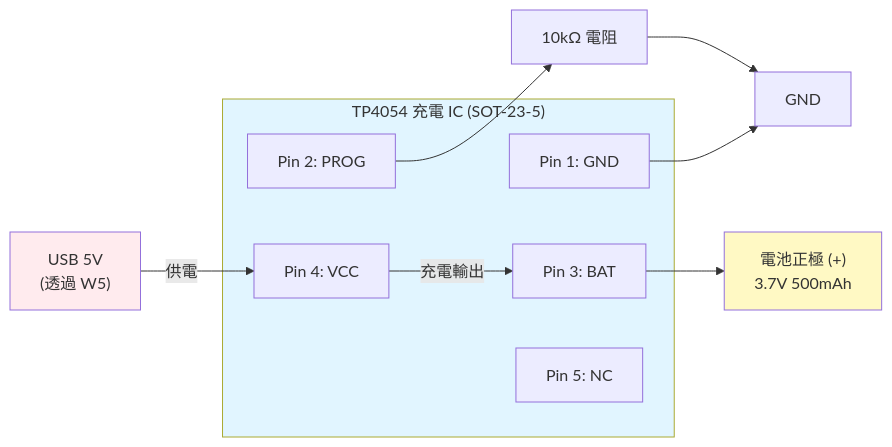
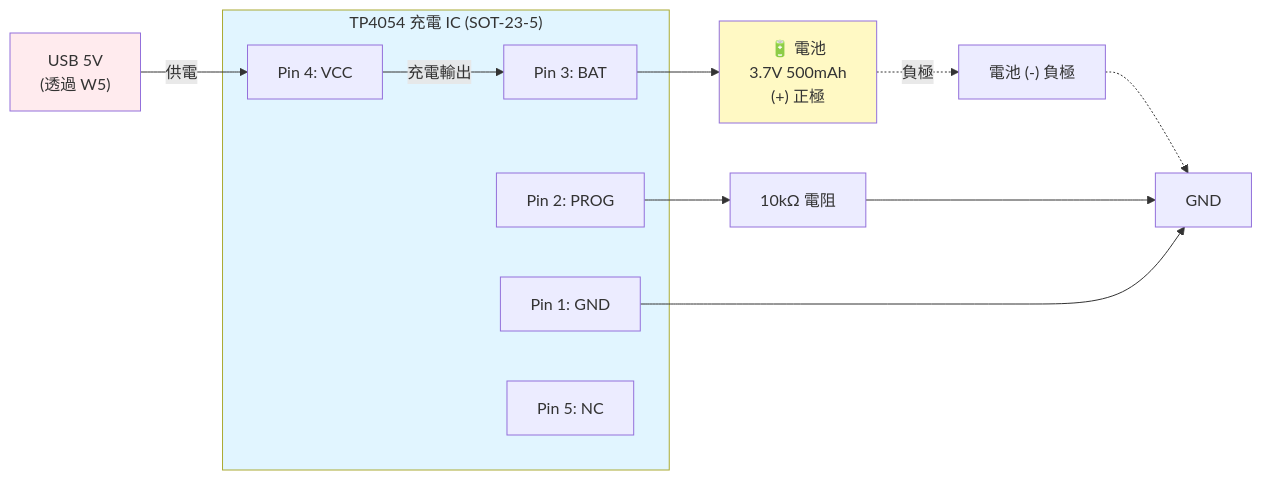
One commit to DanielYJHsieh/esp32c3 changed the second of 5 diagrams in battery_management/hardware/WIRING_DIAGRAM.md. Above: the diagram before and after it, drawn with Mermaid. The commit also changed other lines of this file and 1 other file, not shown here.

````diff
--- a/battery_management/hardware/WIRING_DIAGRAM.md
+++ b/battery_management/hardware/WIRING_DIAGRAM.md
@@ -160,21 +164,23 @@
 ```mermaid
 graph LR
     subgraph TP4054["TP4054 充電 IC (SOT-23-5)"]
         PIN1["Pin 1: GND"]
         PIN2["Pin 2: PROG"]
         PIN3["Pin 3: BAT"]
         PIN4["Pin 4: VCC"]
         PIN5["Pin 5: NC"]
     end
     
     USB["USB 5V<br/>(透過 W5)"] -->|供電| PIN4
     PIN4 -->|充電輸出| PIN3
-    PIN3 --> BAT["電池正極 (+)<br/>3.7V 500mAh"]
+    PIN3 --> BAT["🔋 電池<br/>3.7V 500mAh<br/>(+) 正極"]
+    BAT -.->|負極| BAT_NEG["電池 (-) 負極"]
+    BAT_NEG -.-> GND1["GND"]
     PIN2 --> R_PROG["10kΩ 電阻"]
-    R_PROG --> GND1["GND"]
+    R_PROG --> GND1
     PIN1 --> GND1
     
     style TP4054 fill:#e1f5ff
     style BAT fill:#fff9c4
     style USB fill:#ffebee
 ```
````
